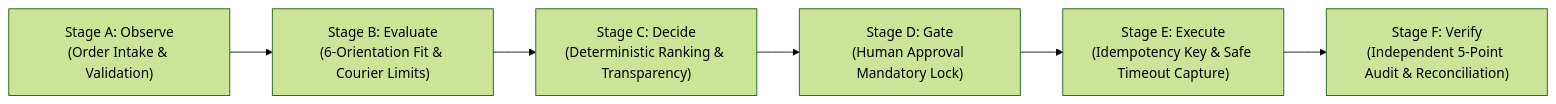
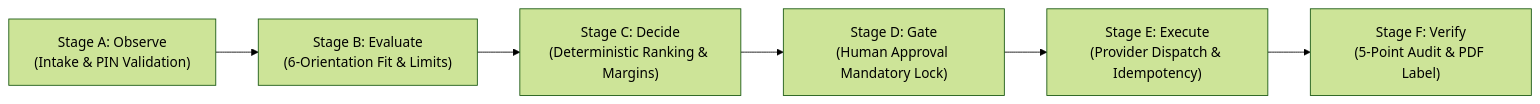
Before and after one commit to Thirumugilathavan/adaptive-shipping-agent: the diagram in README.md, drawn with Mermaid (forest theme). The commit also changed other lines of this file and 6 other files, not shown here.

````diff
--- a/README.md
+++ b/README.md
@@ -22,8 +23,8 @@
 ```mermaid
 flowchart LR
-    A["Stage A: Observe<br/>(Order Intake & Validation)"] --> B["Stage B: Evaluate<br/>(6-Orientation Fit & Courier Limits)"]
-    B --> C["Stage C: Decide<br/>(Deterministic Ranking & Transparency)"]
+    A["Stage A: Observe<br/>(Intake & PIN Validation)"] --> B["Stage B: Evaluate<br/>(6-Orientation Fit & Limits)"]
+    B --> C["Stage C: Decide<br/>(Deterministic Ranking & Margins)"]
     C --> D["Stage D: Gate<br/>(Human Approval Mandatory Lock)"]
-    D --> E["Stage E: Execute<br/>(Idempotency Key & Safe Timeout Capture)"]
-    E --> F["Stage F: Verify<br/>(Independent 5-Point Audit & Reconciliation)"]
+    D --> E["Stage E: Execute<br/>(Provider Dispatch & Idempotency)"]
+    E --> F["Stage F: Verify<br/>(5-Point Audit & PDF Label)"]
 ```
````
